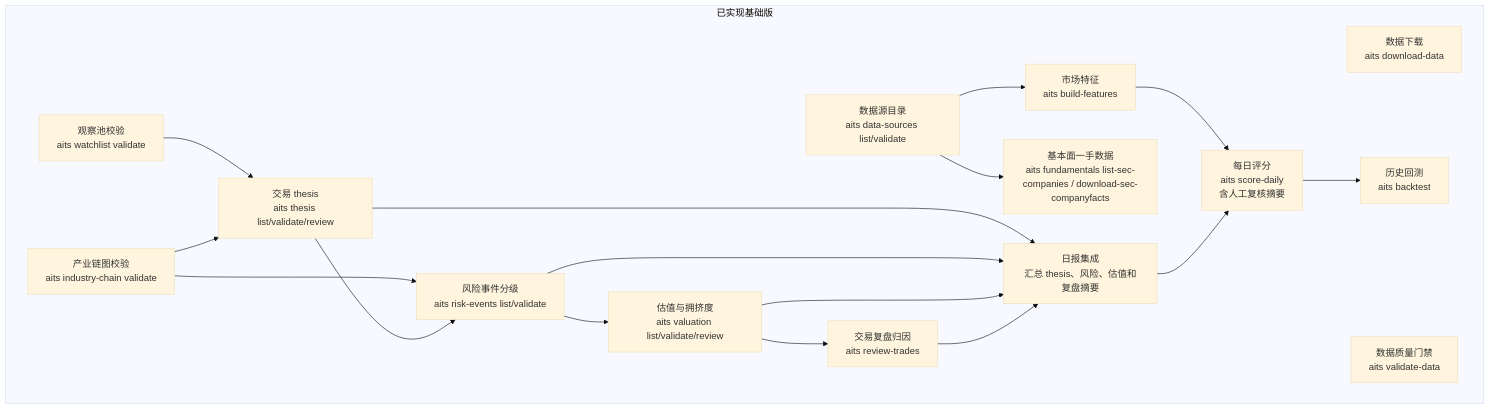
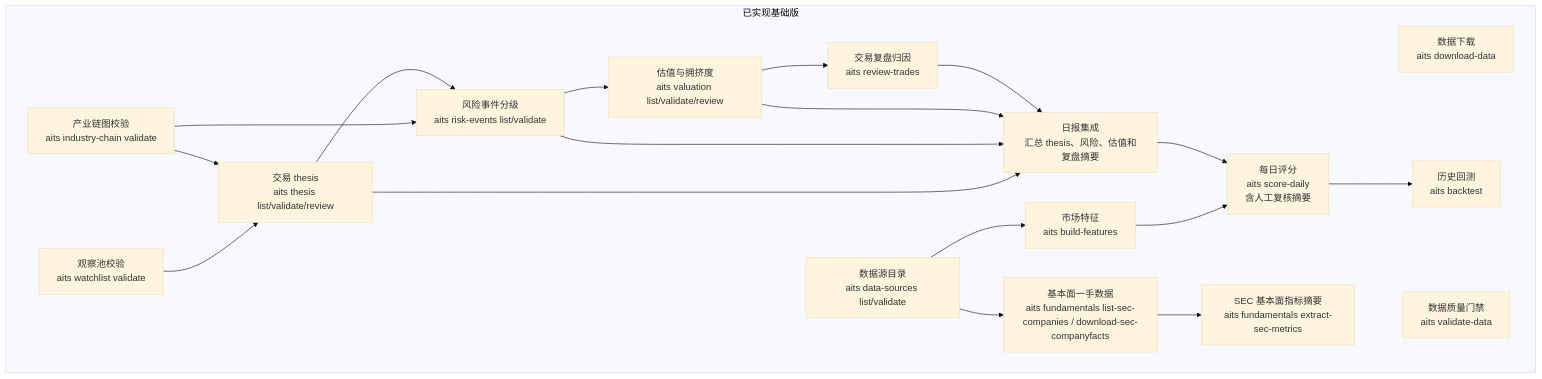
The fifth of 5 diagrams in docs/system_flow.md (AI-Trading-Collaboration/AITradingSystem), drawn with Mermaid (base theme) before and after one commit. The commit also changed other lines of this file and 12 other files, not shown here.

Commit message:
Add SEC fundamentals metric extraction

````diff
--- a/docs/system_flow.md
+++ b/docs/system_flow.md
@@ -279,35 +292,37 @@
 ```mermaid
 flowchart TD
     subgraph Done["已实现基础版"]
         A["数据下载<br/>aits download-data"]
         B["数据质量门禁<br/>aits validate-data"]
         C["市场特征<br/>aits build-features"]
         D["每日评分<br/>aits score-daily<br/>含人工复核摘要"]
         E["历史回测<br/>aits backtest"]
         F["观察池校验<br/>aits watchlist validate"]
         G["产业链图校验<br/>aits industry-chain validate"]
         H["交易 thesis<br/>aits thesis list/validate/review"]
         I["风险事件分级<br/>aits risk-events list/validate"]
         J["估值与拥挤度<br/>aits valuation list/validate/review"]
         K["交易复盘归因<br/>aits review-trades"]
         L["日报集成<br/>汇总 thesis、风险、估值和复盘摘要"]
         M["数据源目录<br/>aits data-sources list/validate"]
         N["基本面一手数据<br/>aits fundamentals list-sec-companies / download-sec-companyfacts"]
+        O["SEC 基本面指标摘要<br/>aits fundamentals extract-sec-metrics"]
     end
 
     C --> D
     D --> E
     F --> H
     G --> H
     G --> I
     H --> I
     I --> J
     J --> K
     M --> C
     M --> N
+    N --> O
     H --> L
     I --> L
     J --> L
     K --> L
     L --> D
 ```
````
